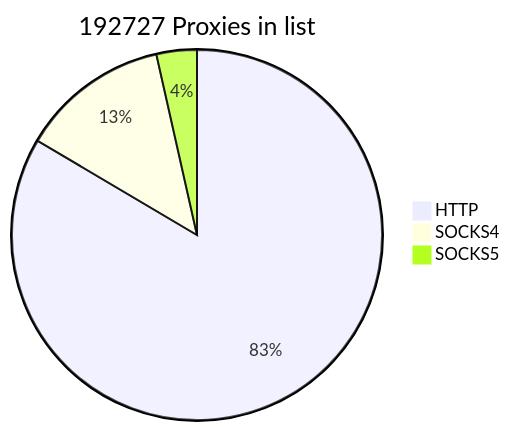
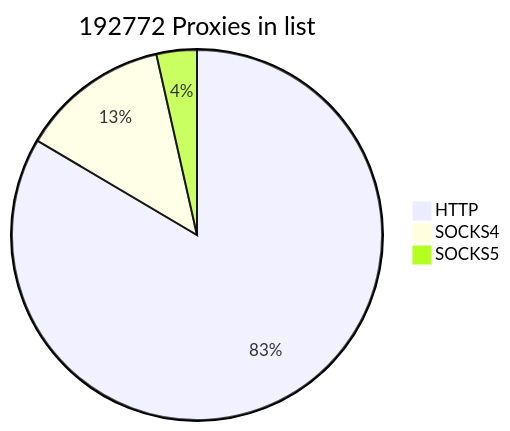
Before and after one commit to cutipu/proxylist: the first of 2 diagrams in README.md, drawn with Mermaid. The commit also changed other lines of this file, not shown here.

````diff
--- a/README.md
+++ b/README.md
@@ -2,7 +2,7 @@
 ```mermaid
-pie title 192727 Proxies in list
-    "HTTP" : 160919
-    "SOCKS4" : 25017
+pie title 192772 Proxies in list
+    "HTTP" : 160961
+    "SOCKS4" : 25020
     "SOCKS5" : 6791
             
 ```
````
